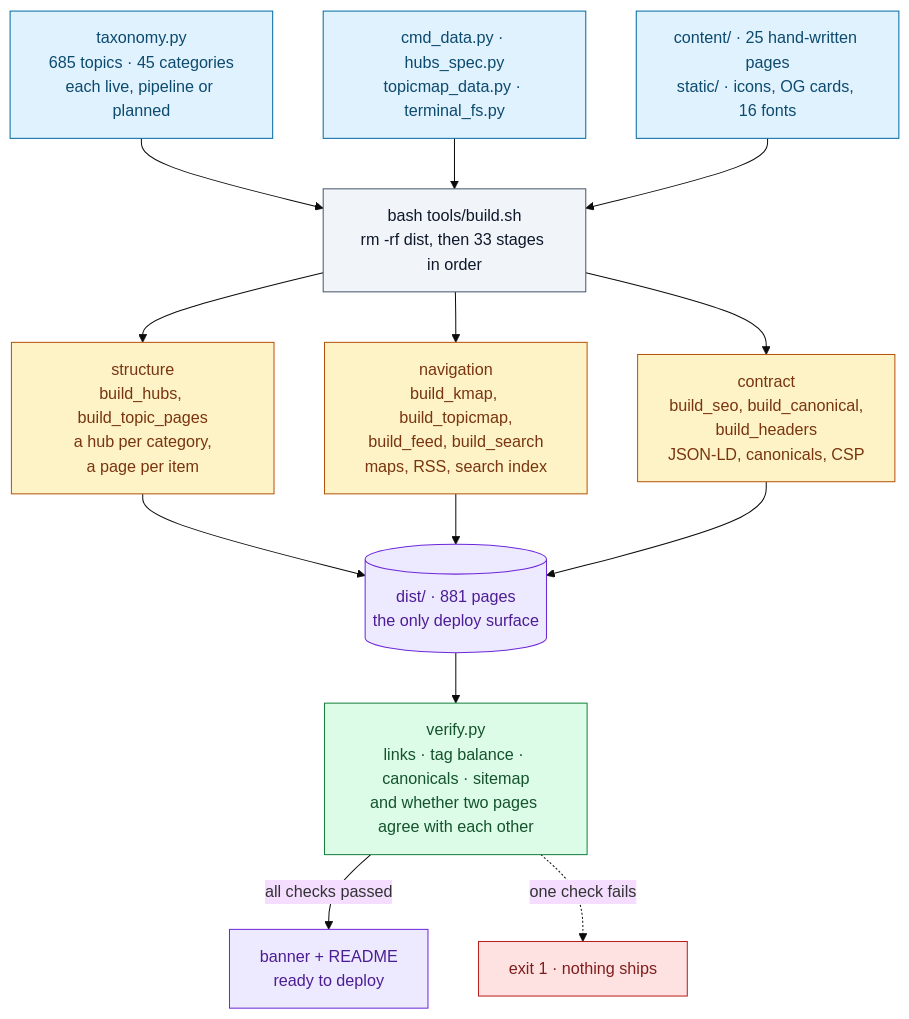
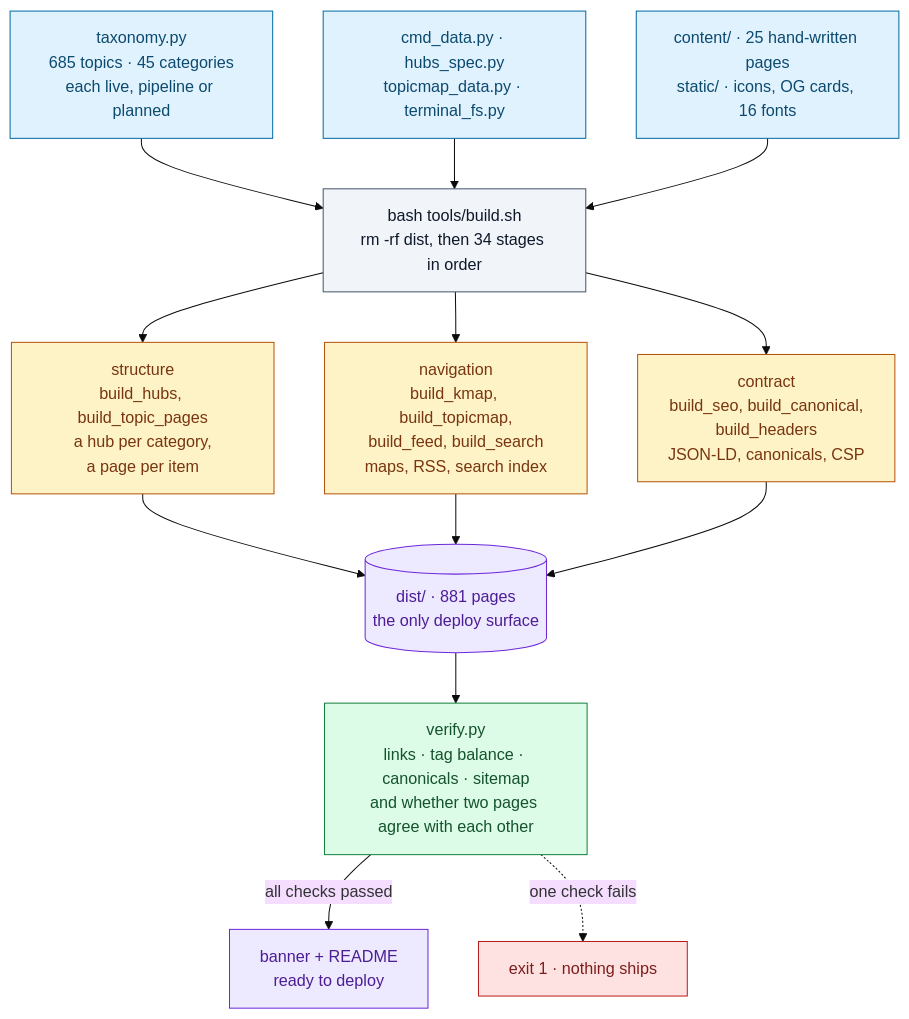
One commit to Vishal-Abhinav/Platform-ops-Newsletter changed the first of 3 diagrams in README.md. Above: the diagram before and after it, drawn with Mermaid (base theme). The commit also changed other lines of this file and 6 other files, not shown here.

````diff
--- a/README.md
+++ b/README.md
@@ -95,43 +95,43 @@
 ```mermaid
 flowchart TB
   TAX["taxonomy.py<br/>685 topics · 45 categories<br/>each live, pipeline or planned"]
   DAT["cmd_data.py · hubs_spec.py<br/>topicmap_data.py · terminal_fs.py"]
   HAND["content/ · 25 hand-written pages<br/>static/ · icons, OG cards, 16 fonts"]
 
-  SH["bash tools/build.sh<br/>rm -rf dist, then 33 stages in order"]
+  SH["bash tools/build.sh<br/>rm -rf dist, then 34 stages in order"]
 
   G1["structure<br/>build_hubs, build_topic_pages<br/>a hub per category,<br/>a page per item"]
   G2["navigation<br/>build_kmap, build_topicmap,<br/>build_feed, build_search<br/>maps, RSS, search index"]
   G3["contract<br/>build_seo, build_canonical,<br/>build_headers<br/>JSON-LD, canonicals, CSP"]
 
   DIST[("dist/ · 881 pages<br/>the only deploy surface")]
   VER["verify.py<br/>links · tag balance · canonicals · sitemap<br/>and whether two pages agree with each other"]
   OK["banner + README<br/>ready to deploy"]
   STOP["exit 1 · nothing ships"]
 
   TAX --> SH
   DAT --> SH
   HAND --> SH
   SH --> G1
   SH --> G2
   SH --> G3
   G1 --> DIST
   G2 --> DIST
   G3 --> DIST
   DIST --> VER
   VER -->|all checks passed| OK
   VER -.->|one check fails| STOP
 
   classDef src fill:#e0f2fe,stroke:#0369a1,color:#0c4a6e
   classDef sh fill:#f1f5f9,stroke:#475569,color:#0f172a
   classDef gen fill:#fef3c7,stroke:#b45309,color:#78350f
   classDef gate fill:#dcfce7,stroke:#15803d,color:#14532d
   classDef out fill:#ede9fe,stroke:#6d28d9,color:#4c1d95
   classDef bad fill:#fee2e2,stroke:#b91c1c,color:#7f1d1d
   class TAX,DAT,HAND src
   class SH sh
   class G1,G2,G3 gen
   class VER gate
   class DIST,OK out
   class STOP bad
 ```
````
